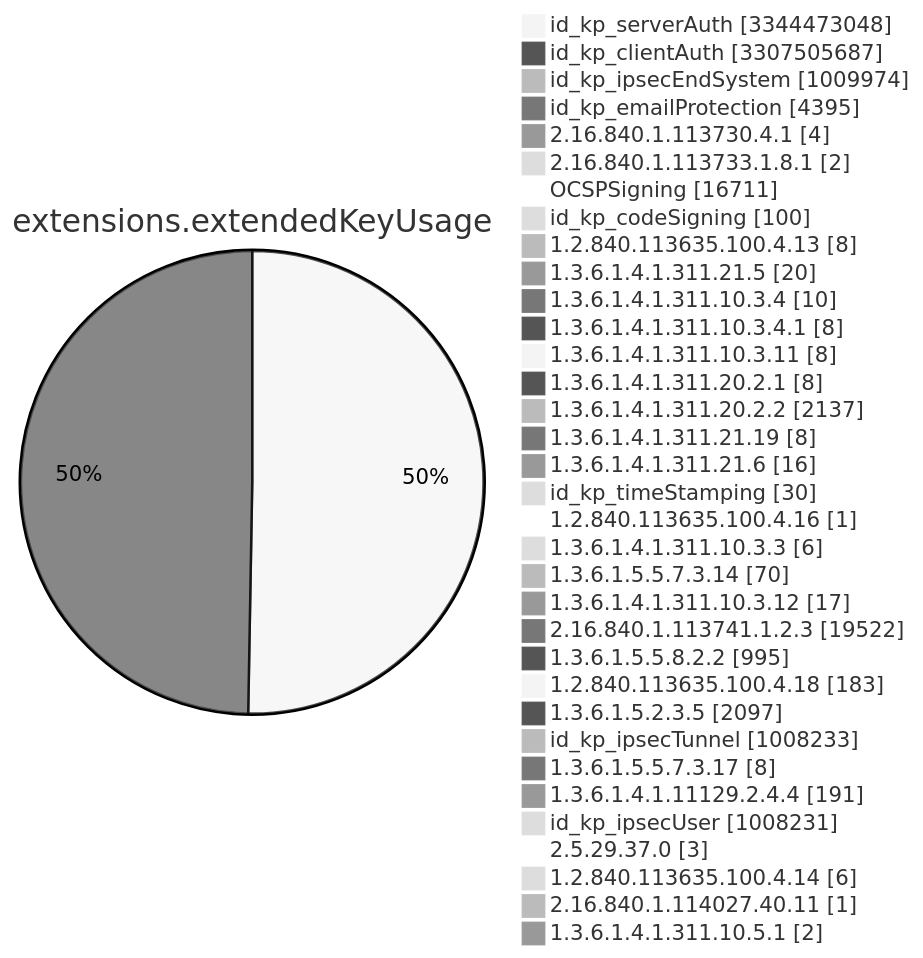
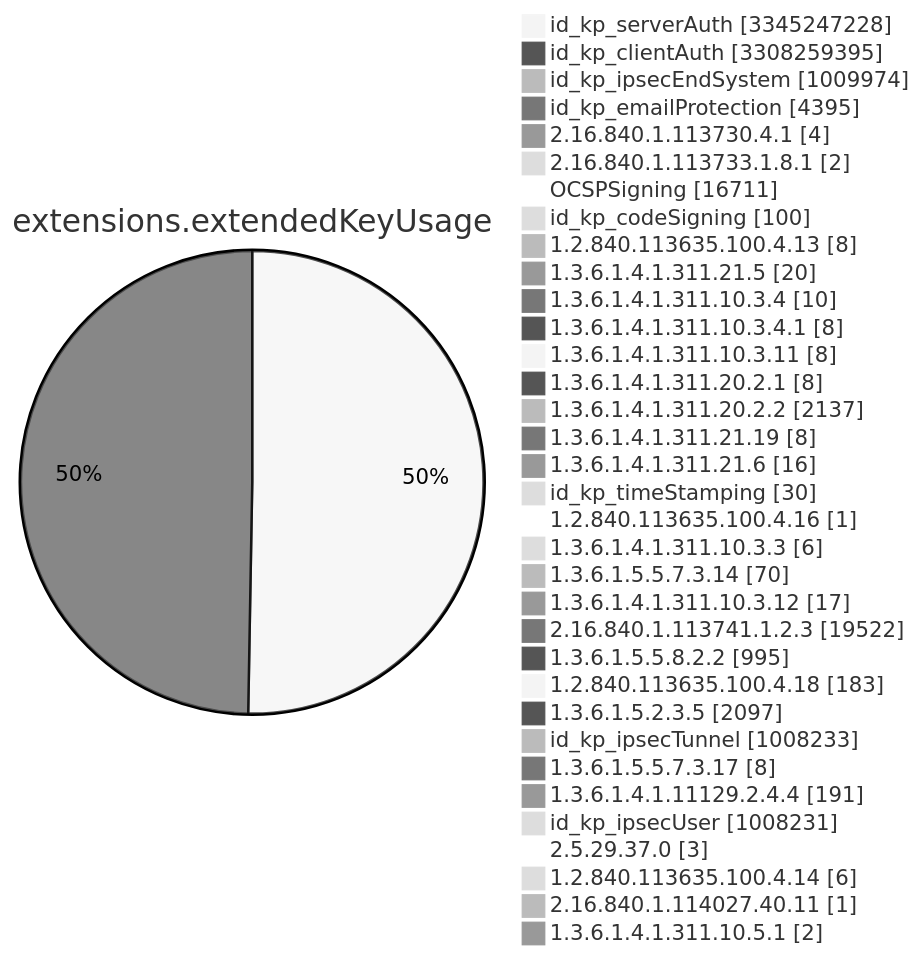
One commit to christiankrug/ctmonitor_visualization changed diagram 11 of 15 in TOTAL/README.md. Above: the diagram before and after it, drawn with Mermaid (neutral theme). The commit also changed other lines of this file, not shown here.

````diff
--- a/TOTAL/README.md
+++ b/TOTAL/README.md
@@ -4120,38 +4120,38 @@
 ```mermaid
 pie showData
 title extensions.extendedKeyUsage
-"id_kp_serverAuth" :3344473048
-"id_kp_clientAuth" :3307505687
+"id_kp_serverAuth" :3345247228
+"id_kp_clientAuth" :3308259395
 "id_kp_ipsecEndSystem" :1009974
 "id_kp_emailProtection" :4395
 "2.16.840.1.113730.4.1" :4
 "2.16.840.1.113733.1.8.1" :2
 "OCSPSigning" :16711
 "id_kp_codeSigning" :100
 "1.2.840.113635.100.4.13" :8
 "1.3.6.1.4.1.311.21.5" :20
 "1.3.6.1.4.1.311.10.3.4" :10
 "1.3.6.1.4.1.311.10.3.4.1" :8
 "1.3.6.1.4.1.311.10.3.11" :8
 "1.3.6.1.4.1.311.20.2.1" :8
 "1.3.6.1.4.1.311.20.2.2" :2137
 "1.3.6.1.4.1.311.21.19" :8
 "1.3.6.1.4.1.311.21.6" :16
 "id_kp_timeStamping" :30
 "1.2.840.113635.100.4.16" :1
 "1.3.6.1.4.1.311.10.3.3" :6
 "1.3.6.1.5.5.7.3.14" :70
 "1.3.6.1.4.1.311.10.3.12" :17
 "2.16.840.1.113741.1.2.3" :19522
 "1.3.6.1.5.5.8.2.2" :995
 "1.2.840.113635.100.4.18" :183
 "1.3.6.1.5.2.3.5" :2097
 "id_kp_ipsecTunnel" :1008233
 "1.3.6.1.5.5.7.3.17" :8
 "1.3.6.1.4.1.11129.2.4.4" :191
 "id_kp_ipsecUser" :1008231
 "2.5.29.37.0" :3
 "1.2.840.113635.100.4.14" :6
 "2.16.840.1.114027.40.11" :1
 "1.3.6.1.4.1.311.10.5.1" :2
 ```
````
